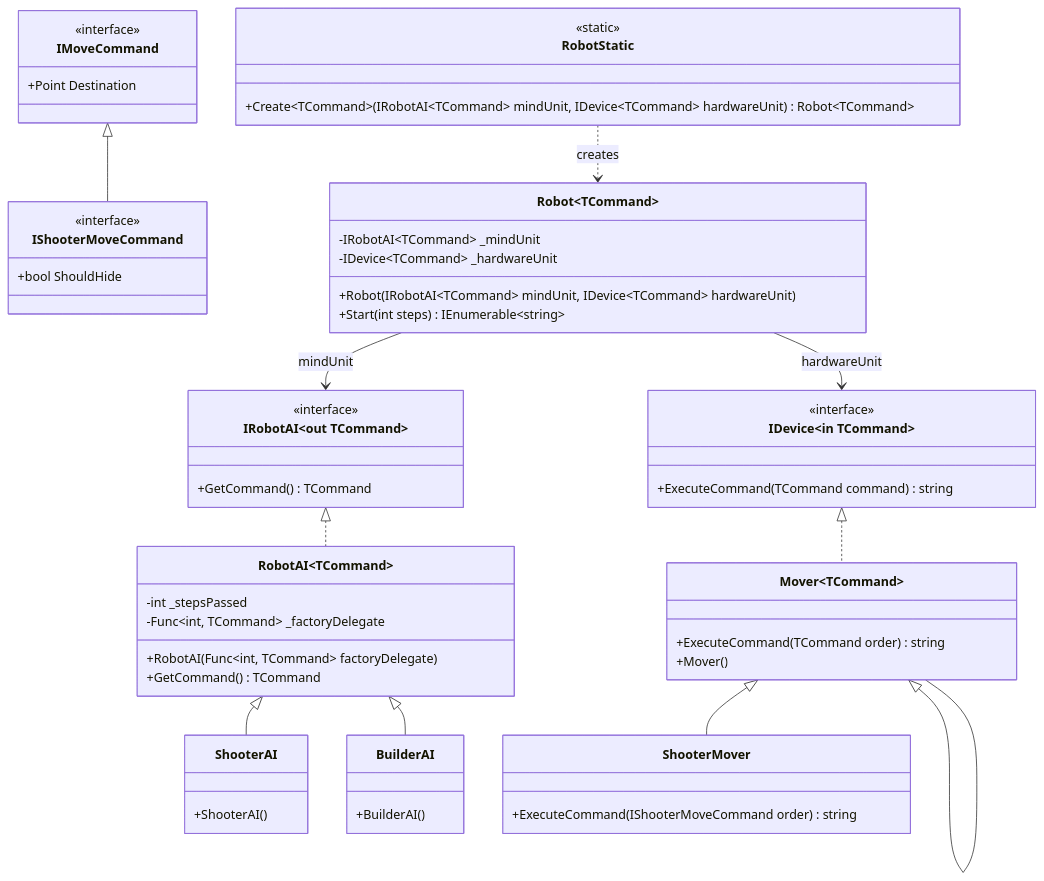
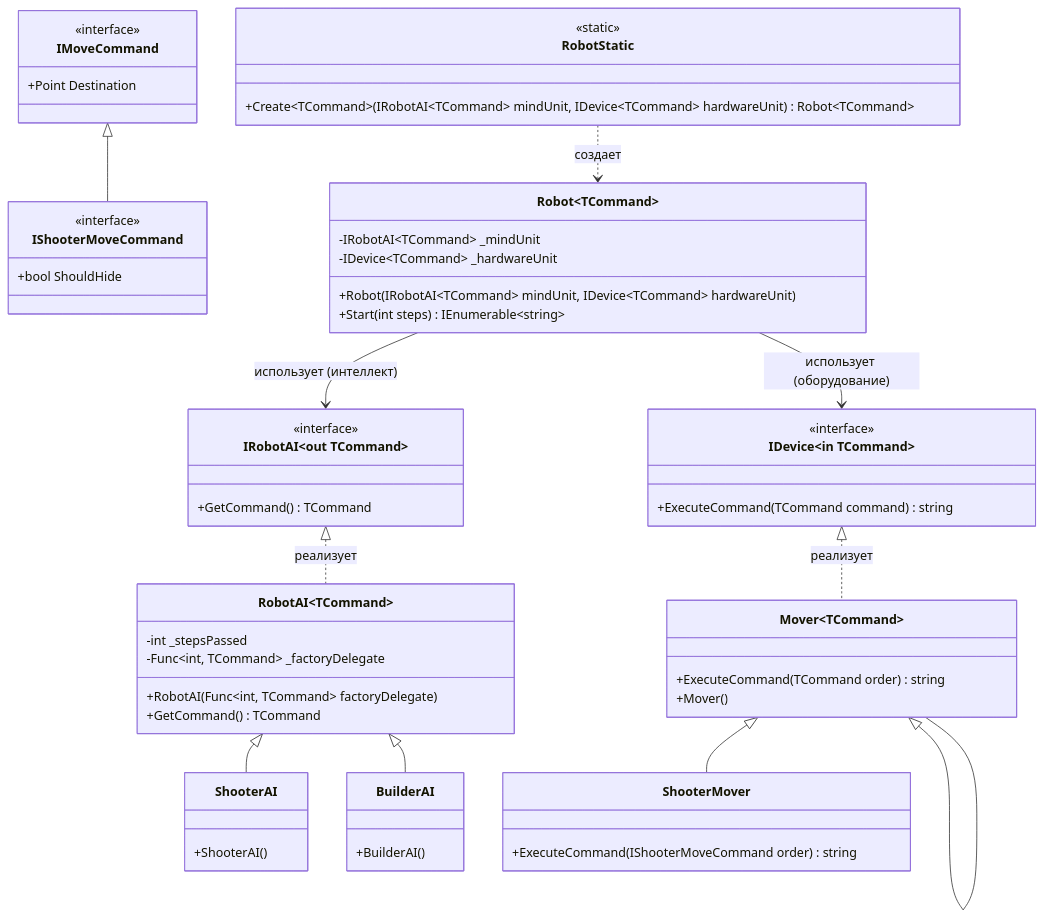
The diagram in robots.md (NingerangorOid/Praktika_2026), drawn with Mermaid before and after one commit.

Commit message:
правки внесены

````diff
--- a/robots.md
+++ b/robots.md
@@ -1,76 +1,76 @@
 ```mermaid
 classDiagram
     %% --- ИНТЕРФЕЙСЫ И КОМАНДЫ ---
     class IRobotAI~out TCommand~ {
         <<interface>>
         +GetCommand() TCommand
     }
     
     class IDevice~in TCommand~ {
         <<interface>>
         +ExecuteCommand(TCommand command) string
     }
 
     class IMoveCommand {
         <<interface>>
         +Point Destination
     }
     
     class IShooterMoveCommand {
         <<interface>>
         +bool ShouldHide
     }
     IMoveCommand <|-- IShooterMoveCommand
 
     %% --- КОМПОНЕНТЫ ИИ ---
     class RobotAI~TCommand~ {
         -int _stepsPassed
         -Func~int, TCommand~ _factoryDelegate
         +RobotAI(Func~int, TCommand~ factoryDelegate)
         +GetCommand() TCommand
     }
-    IRobotAI~TCommand~ <|.. RobotAI~TCommand~
+    IRobotAI~TCommand~ <|.. RobotAI~TCommand~ : реализует
 
     class ShooterAI {
         +ShooterAI()
     }
     RobotAI~ShooterCommand~ <|-- ShooterAI
 
     class BuilderAI {
         +BuilderAI()
     }
     RobotAI~BuilderCommand~ <|-- BuilderAI
 
     %% --- ЖЕЛЕЗО И УСТРОЙСТВА ---
     class Mover~TCommand~ {
         +ExecuteCommand(TCommand order) string
     }
-    IDevice~TCommand~ <|.. Mover~TCommand~
+    IDevice~TCommand~ <|.. Mover~TCommand~ : реализует
 
     class Mover {
         +Mover()
     }
     Mover~IMoveCommand~ <|-- Mover
 
     class ShooterMover {
         +ExecuteCommand(IShooterMoveCommand order) string
     }
     Mover~IShooterMoveCommand~ <|-- ShooterMover
 
     %% --- СИСТЕМА РОБОТА ---
     class Robot~TCommand~ {
         -IRobotAI~TCommand~ _mindUnit
         -IDevice~TCommand~ _hardwareUnit
         +Robot(IRobotAI~TCommand~ mindUnit, IDevice~TCommand~ hardwareUnit)
         +Start(int steps) IEnumerable~string~
     }
 
     class RobotStatic {
         <<static>>
         +Create~TCommand~(IRobotAI~TCommand~ mindUnit, IDevice~TCommand~ hardwareUnit) Robot~TCommand~
     }
     
-    Robot~TCommand~ --> IRobotAI~TCommand~ : mindUnit
-    Robot~TCommand~ --> IDevice~TCommand~ : hardwareUnit
-    RobotStatic ..> Robot~TCommand~ : creates
+    Robot~TCommand~ --> IRobotAI~TCommand~ : использует (интеллект)
+    Robot~TCommand~ --> IDevice~TCommand~ : использует (оборудование)
+    RobotStatic ..> Robot~TCommand~ : создает
 ```
````
